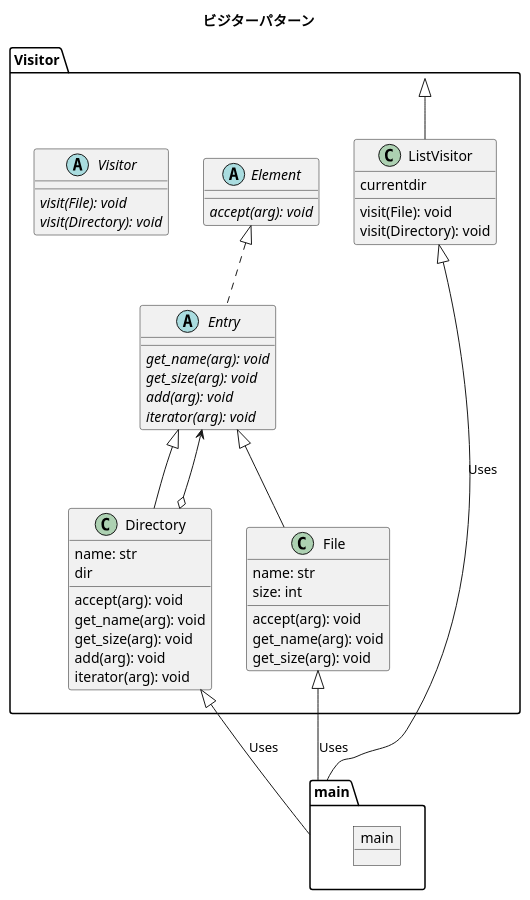
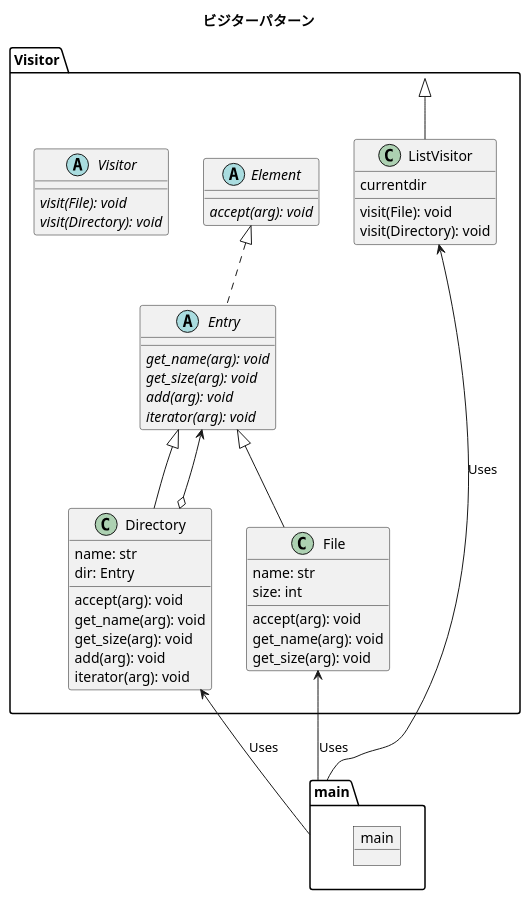
One commit to tanapiyo/design_pattern_with_python changed the diagram in 13_visitor/visitor.pu. Above: the diagram before and after it, drawn with PlantUML. The commit also changed 2 other files, not shown here.

```diff
--- a/13_visitor/visitor.pu
+++ b/13_visitor/visitor.pu
@@ -1,65 +1,65 @@
 @startuml
 
 title ビジターパターン
 
 package main {
     object main {
     }
     
 }
 
 package Visitor {
 
     abstract Visitor {
         {abstract} visit(File): void
         {abstract} visit(Directory): void
     }
 
     ' 一覧の表示をするクラス
     class ListVisitor {
         currentdir
         visit(File): void
         visit(Directory): void
     }
 
     abstract Element {
         {abstract} accept(arg): void
     }
 
     abstract Entry {
         {abstract} get_name(arg): void
         {abstract} get_size(arg): void
         {abstract} add(arg): void
         {abstract} iterator(arg): void
     }
 
     class File {
         name: str
         size: int
         accept(arg): void
         get_name(arg): void
         get_size(arg): void
     }
 
     class Directory {
         name: str
-        dir
+        dir: Entry
         accept(arg): void
         get_name(arg): void
         get_size(arg): void
         add(arg): void
         iterator(arg): void
     }
 
 }
 
     ListVisitor -up-|> Visitor 
-    main -up-|> ListVisitor : Uses
-    main -up-|> File : Uses
-    main -up-|> Directory : Uses
+    main -up-> ListVisitor : Uses
+    main -up-> File : Uses
+    main -up-> Directory : Uses
     File -up-|> Entry
     Directory -up-|> Entry
     Entry .up.|> Element
     Directory o-up-> Entry
 
 @enduml
```
